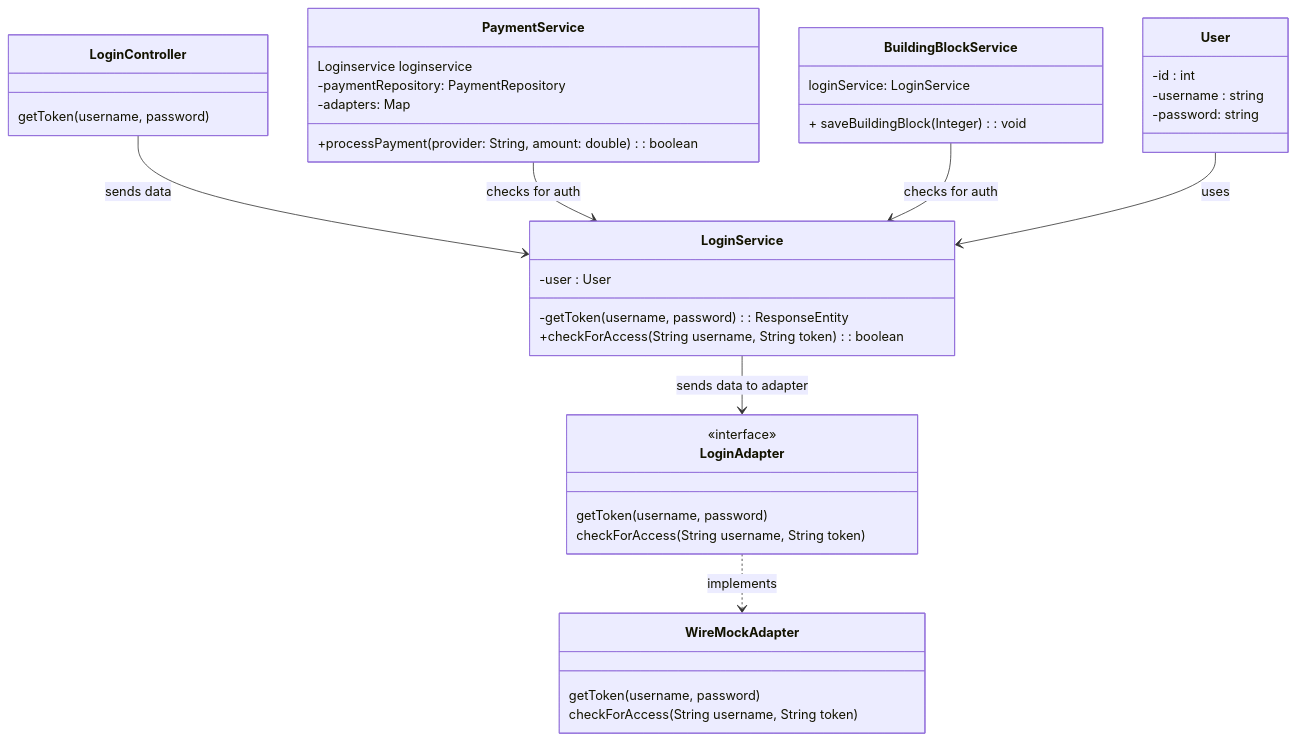
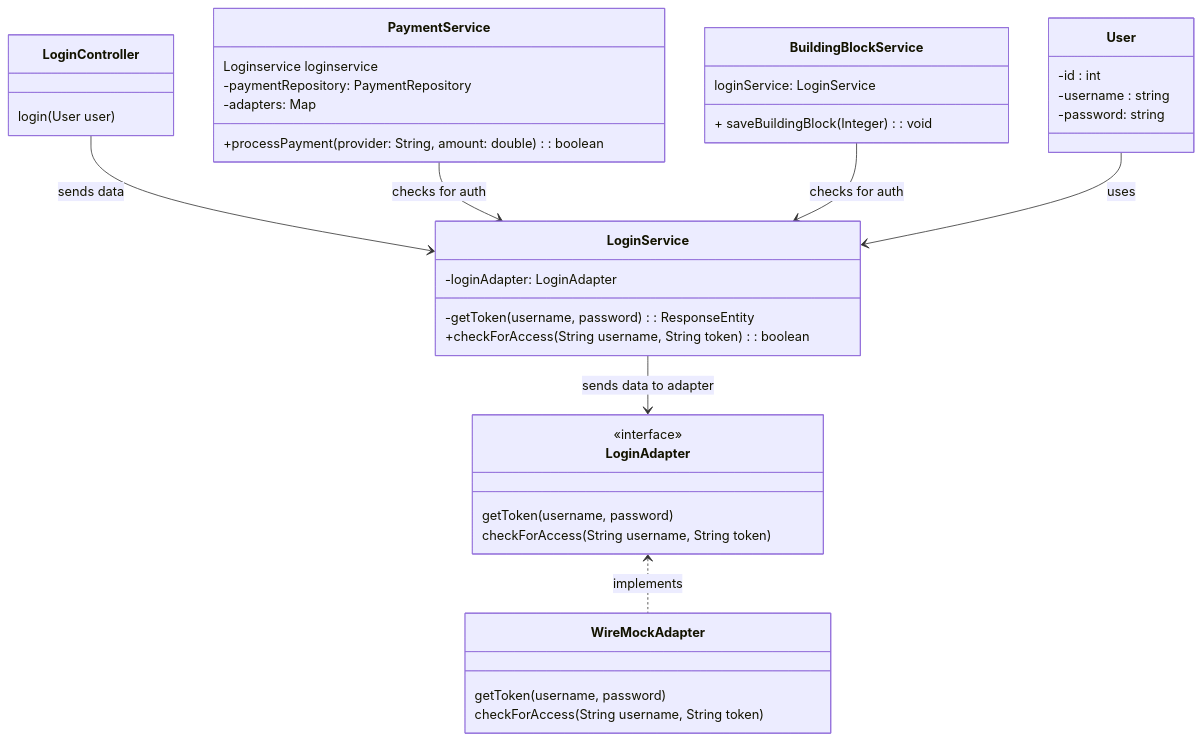
Before and after one commit to AIM-ENE-feb25/triptop-inshallahboys: the second of 5 diagrams in software-guidebook/README.md, drawn with Mermaid.

Commit message:
Update met code

````diff
--- a/software-guidebook/README.md
+++ b/software-guidebook/README.md
@@ -170,51 +170,51 @@
 ```mermaid
 classDiagram
 
 class User {
     -id : int
     -username : string
     -password: string
 }
 
 class LoginController{
-    getToken(username, password)
+    login(User user)
 }
 
 class LoginService{
-    -user : User
+    -loginAdapter: LoginAdapter
     -getToken(username, password) : ResponseEntity<String>
     +checkForAccess(String username, String token) : boolean
 }
 
 class LoginAdapter{
     <<interface>>
     getToken(username, password)
     checkForAccess(String username, String token)
 }
 
 class WireMockAdapter{
     getToken(username, password)
     checkForAccess(String username, String token)
 }
 
 
 class PaymentService {
     Loginservice loginservice
     +processPayment(provider: String, amount: double): boolean
     -paymentRepository: PaymentRepository
     -adapters: Map<String, PaymentAdapter>
 }
 
 class BuildingBlockService {
     loginService: LoginService
     + saveBuildingBlock(Integer): void
 }
 
 LoginController --> LoginService : sends data
 LoginService --> LoginAdapter : sends data to adapter
-LoginAdapter ..> WireMockAdapter : implements
+LoginAdapter <.. WireMockAdapter : implements
 PaymentService --> LoginService : checks for auth
 BuildingBlockService --> LoginService : checks for auth
 User --> LoginService : uses
 
 ```
````
